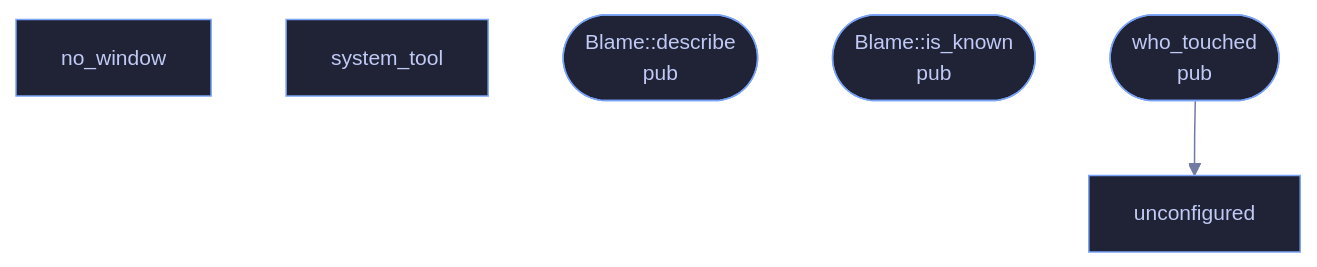
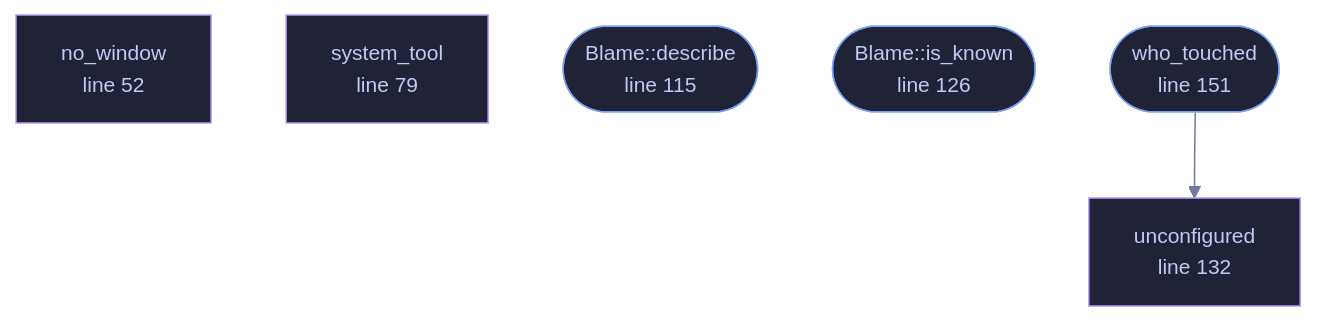
The diagram in docs/files/veilvoice-guard/blame.md (tilas01/veilvoice), drawn with Mermaid before and after one commit. The commit also changed other lines of this file and 182 other files, not shown here.

````diff
--- a/docs/files/veilvoice-guard/blame.md
+++ b/docs/files/veilvoice-guard/blame.md
@@ -61,11 +79,15 @@
 ```mermaid
 %%{init: {"theme":"base","themeVariables":{"background":"#1a1b26","primaryColor":"#1f2335","primaryTextColor":"#c0caf5","primaryBorderColor":"#7aa2f7","secondaryColor":"#16161e","tertiaryColor":"#16161e","lineColor":"#737aa2","textColor":"#c0caf5","mainBkg":"#1f2335","nodeBorder":"#7aa2f7","clusterBkg":"#16161e","clusterBorder":"#2f3549","fontFamily":"ui-monospace, SFMono-Regular, Consolas, monospace","fontSize":"14px"}}}%%
 flowchart TD
-    n_no_window["no_window"]
-    n_system_tool["system_tool"]
-    n_describe(["Blame::describe<br/>pub"])
-    n_is_known(["Blame::is_known<br/>pub"])
-    n_unconfigured["unconfigured"]
-    n_who_touched(["who_touched<br/>pub"])
+    n_no_window["no_window<br/>line 52"]
+    n_system_tool["system_tool<br/>line 79"]
+    n_describe(["Blame::describe<br/>line 115"])
+    n_is_known(["Blame::is_known<br/>line 126"])
+    n_unconfigured["unconfigured<br/>line 132"]
+    n_who_touched(["who_touched<br/>line 151"])
     n_who_touched --> n_unconfigured
+    classDef entry fill:#1f2335,stroke:#7aa2f7,color:#c0caf5
+    class n_describe,n_is_known,n_who_touched entry
+    classDef helper fill:#1f2335,stroke:#bb9af7,color:#c0caf5
+    class n_no_window,n_system_tool,n_unconfigured helper
 ```
````
